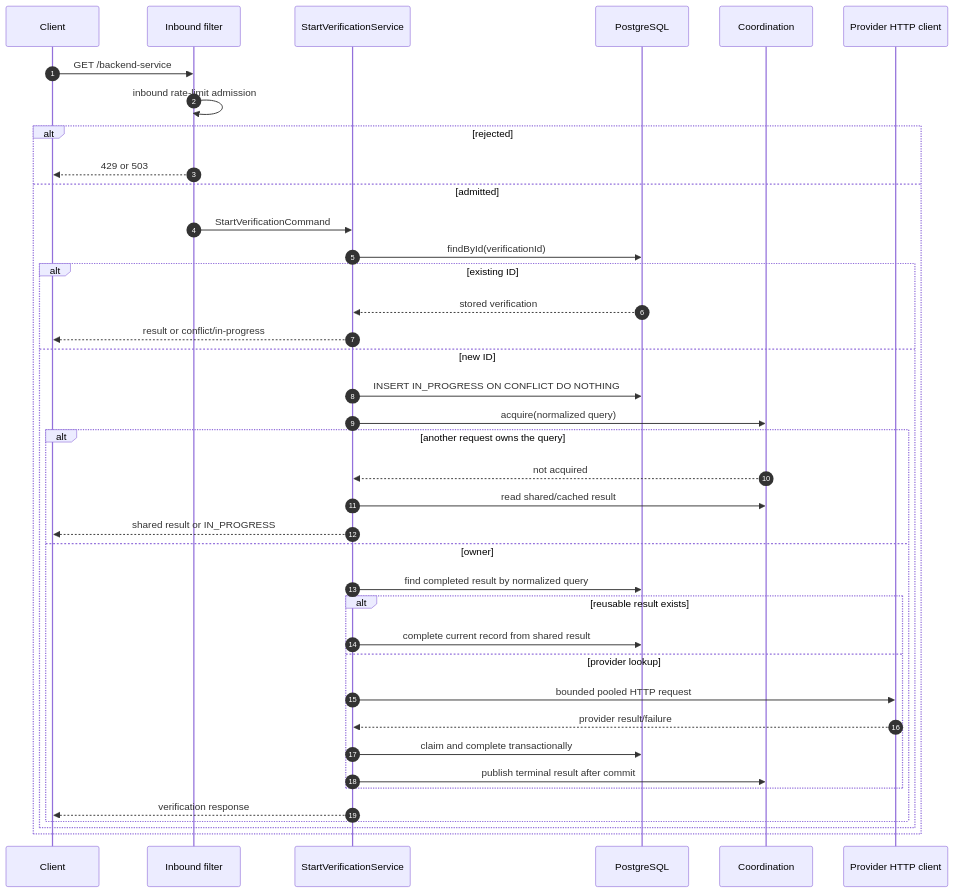
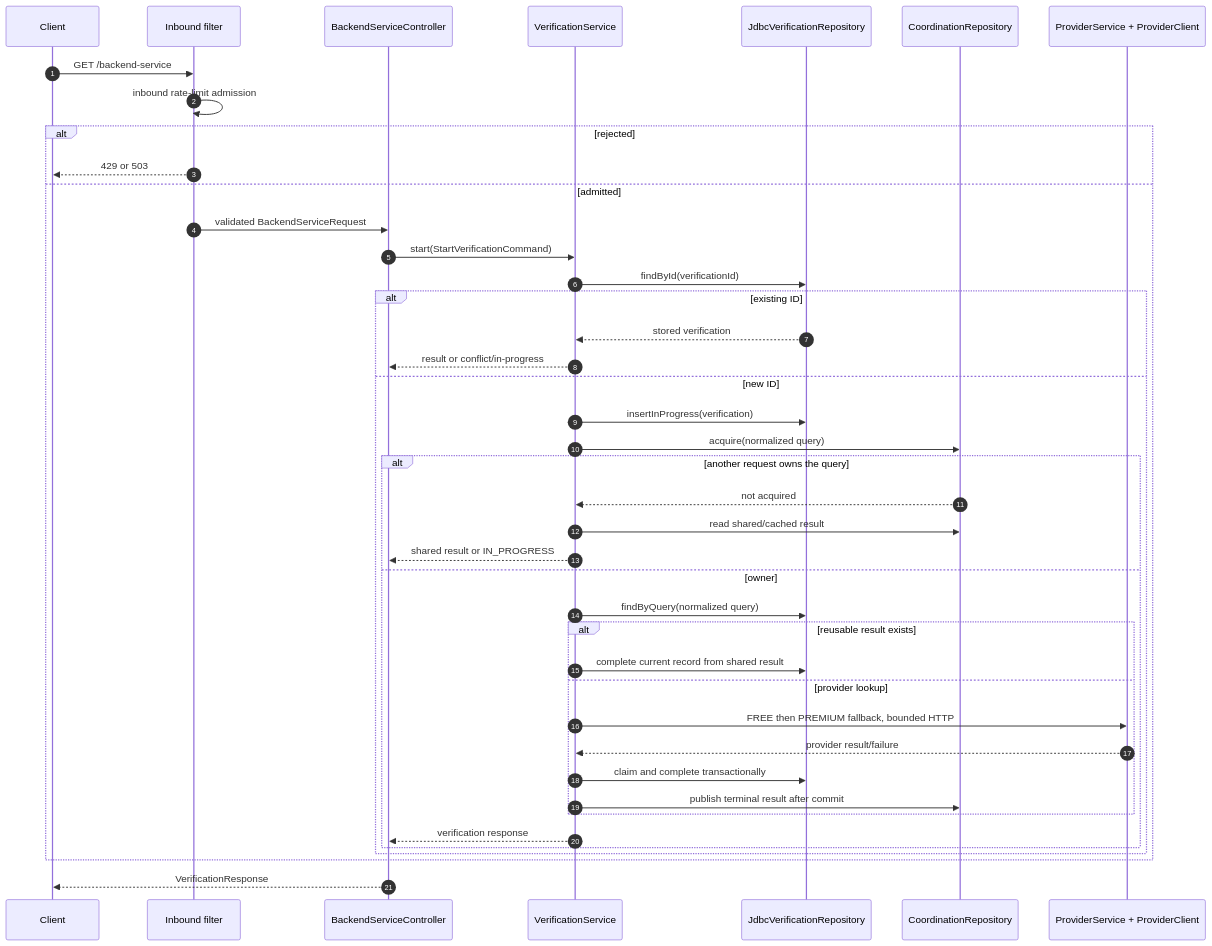
The diagram in docs/architecture/request-flow.md (migangdelzar/company-check-workspace), drawn with Mermaid before and after one commit. The commit also changed other lines of this file and 17 other files, not shown here.

Commit message:
docs: align architecture references with layered backend

````diff
--- a/docs/architecture/request-flow.md
+++ b/docs/architecture/request-flow.md
@@ -9,42 +9,45 @@
 ```mermaid
 sequenceDiagram
   autonumber
   participant C as Client
   participant F as Inbound filter
-  participant S as StartVerificationService
-  participant P as PostgreSQL
-  participant K as Coordination
-  participant H as Provider HTTP client
+  participant Ctl as BackendServiceController
+  participant S as VerificationService
+  participant R as JdbcVerificationRepository
+  participant K as CoordinationRepository
+  participant H as ProviderService + ProviderClient
 
   C->>F: GET /backend-service
   F->>F: inbound rate-limit admission
   alt rejected
     F-->>C: 429 or 503
   else admitted
-    F->>S: StartVerificationCommand
-    S->>P: findById(verificationId)
+    F->>Ctl: validated BackendServiceRequest
+    Ctl->>S: start(StartVerificationCommand)
+    S->>R: findById(verificationId)
     alt existing ID
-      P-->>S: stored verification
-      S-->>C: result or conflict/in-progress
+      R-->>S: stored verification
+      S-->>Ctl: result or conflict/in-progress
     else new ID
-      S->>P: INSERT IN_PROGRESS ON CONFLICT DO NOTHING
+      S->>R: insertInProgress(verification)
       S->>K: acquire(normalized query)
       alt another request owns the query
         K-->>S: not acquired
         S->>K: read shared/cached result
-        S-->>C: shared result or IN_PROGRESS
+        S-->>Ctl: shared result or IN_PROGRESS
       else owner
-        S->>P: find completed result by normalized query
+        S->>R: findByQuery(normalized query)
         alt reusable result exists
-          S->>P: complete current record from shared result
+          S->>R: complete current record from shared result
         else provider lookup
-          S->>H: bounded pooled HTTP request
+          S->>H: FREE then PREMIUM fallback, bounded HTTP
           H-->>S: provider result/failure
-          S->>P: claim and complete transactionally
+          S->>R: claim and complete transactionally
           S->>K: publish terminal result after commit
         end
-        S-->>C: verification response
+        S-->>Ctl: verification response
       end
     end
   end
+  Ctl-->>C: VerificationResponse
 ```
````
